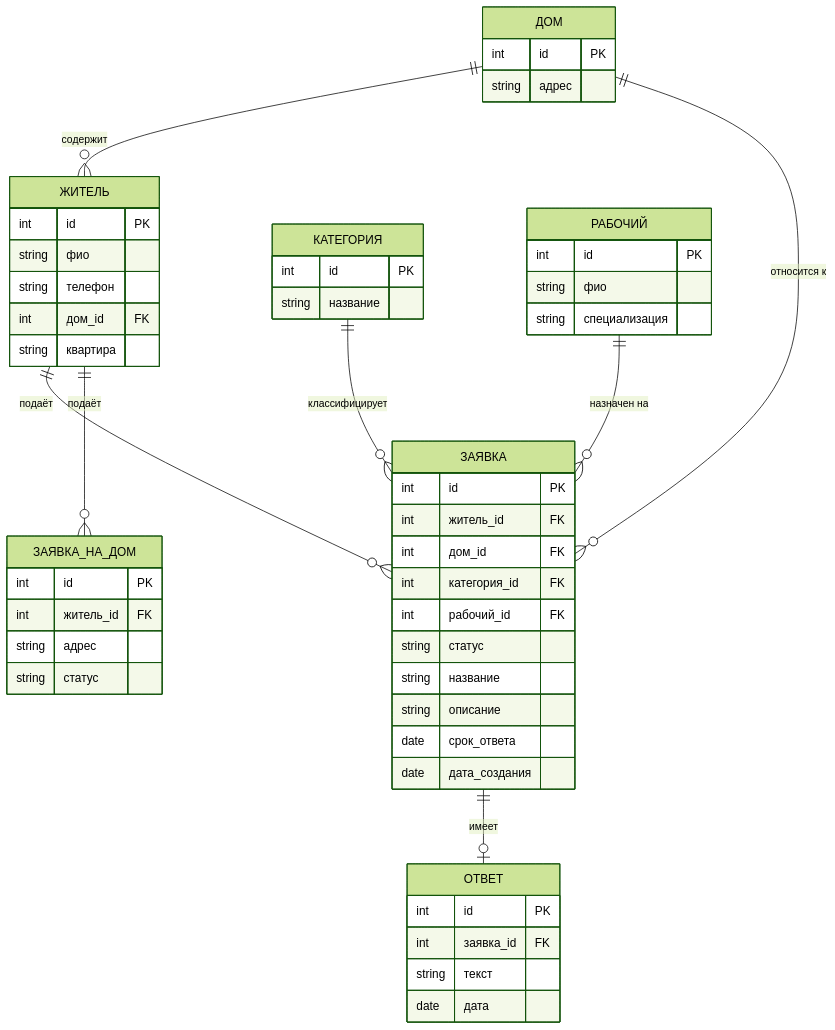
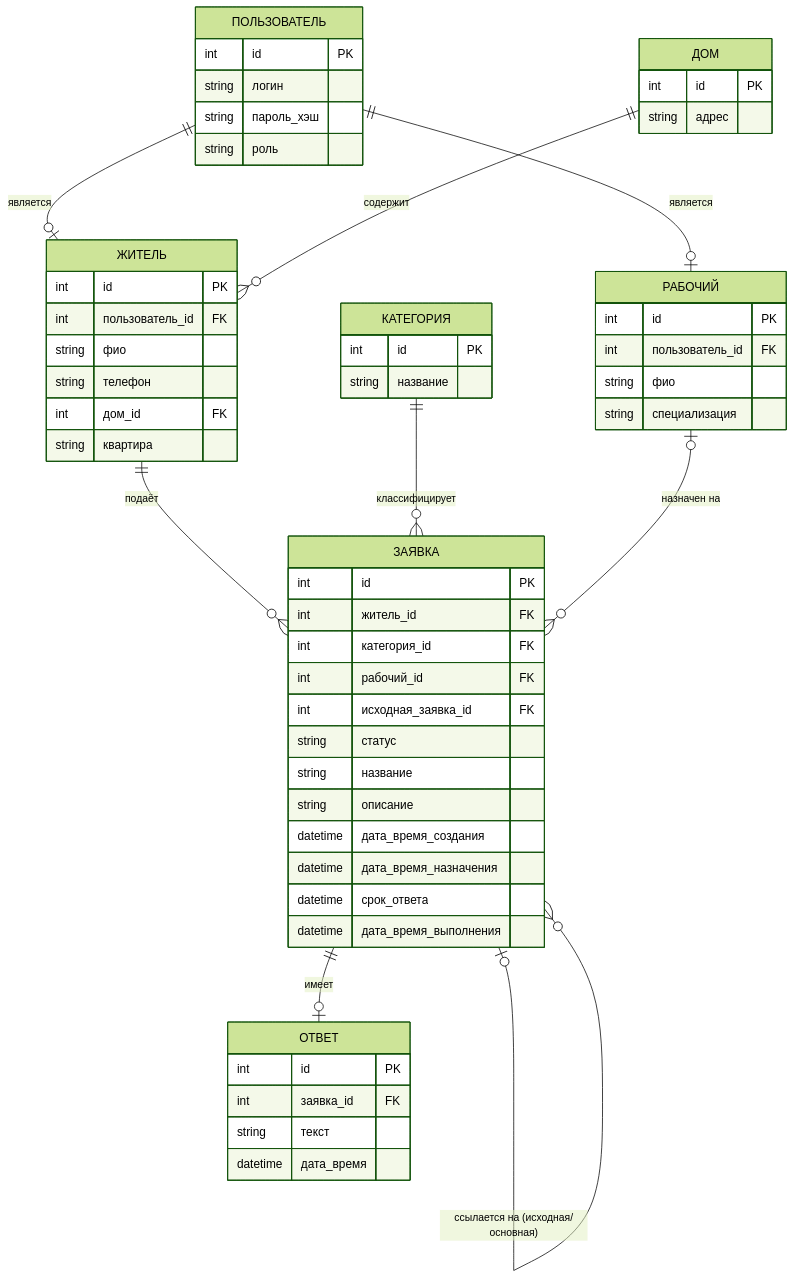
Before and after one commit to Kreslik/kursach-sem5: the diagram in Концептуальная_схема.md, drawn with Mermaid (forest theme). The commit also changed other lines of this file and 2 other files, not shown here.

````diff
--- a/Концептуальная_схема.md
+++ b/Концептуальная_схема.md
@@ -3,55 +3,60 @@
 ```mermaid
 erDiagram
+  ПОЛЬЗОВАТЕЛЬ ||--o| ЖИТЕЛЬ : "является"
+  ПОЛЬЗОВАТЕЛЬ ||--o| РАБОЧИЙ : "является"
   ДОМ ||--o{ ЖИТЕЛЬ : "содержит"
-  ДОМ ||--o{ ЗАЯВКА : "относится к"
   ЖИТЕЛЬ ||--o{ ЗАЯВКА : "подаёт"
-  ЖИТЕЛЬ ||--o{ ЗАЯВКА_НА_ДОМ : "подаёт"
   КАТЕГОРИЯ ||--o{ ЗАЯВКА : "классифицирует"
-  РАБОЧИЙ ||--o{ ЗАЯВКА : "назначен на"
+  РАБОЧИЙ o|--o{ ЗАЯВКА : "назначен на"
   ЗАЯВКА ||--o| ОТВЕТ : "имеет"
+  ЗАЯВКА o|--o{ ЗАЯВКА : "ссылается на (исходная/основная)"
 
+  ПОЛЬЗОВАТЕЛЬ {
+    int id PK
+    string логин
+    string пароль_хэш
+    string роль
+  }
   ДОМ {
     int id PK
     string адрес
   }
   ЖИТЕЛЬ {
     int id PK
+    int пользователь_id FK
     string фио
     string телефон
     int дом_id FK
     string квартира
   }
   КАТЕГОРИЯ {
     int id PK
     string название
   }
   РАБОЧИЙ {
     int id PK
+    int пользователь_id FK
     string фио
     string специализация
   }
   ЗАЯВКА {
     int id PK
     int житель_id FK
-    int дом_id FK
     int категория_id FK
     int рабочий_id FK
+    int исходная_заявка_id FK
     string статус
     string название
     string описание
-    date срок_ответа
-    date дата_создания
+    datetime дата_время_создания
+    datetime дата_время_назначения
+    datetime срок_ответа
+    datetime дата_время_выполнения
   }
   ОТВЕТ {
     int id PK
     int заявка_id FK
     string текст
-    date дата
+    datetime дата_время
   }
-  ЗАЯВКА_НА_ДОМ {
-    int id PK
-    int житель_id FK
-    string адрес
-    string статус
-  }
-```
+```  
````
